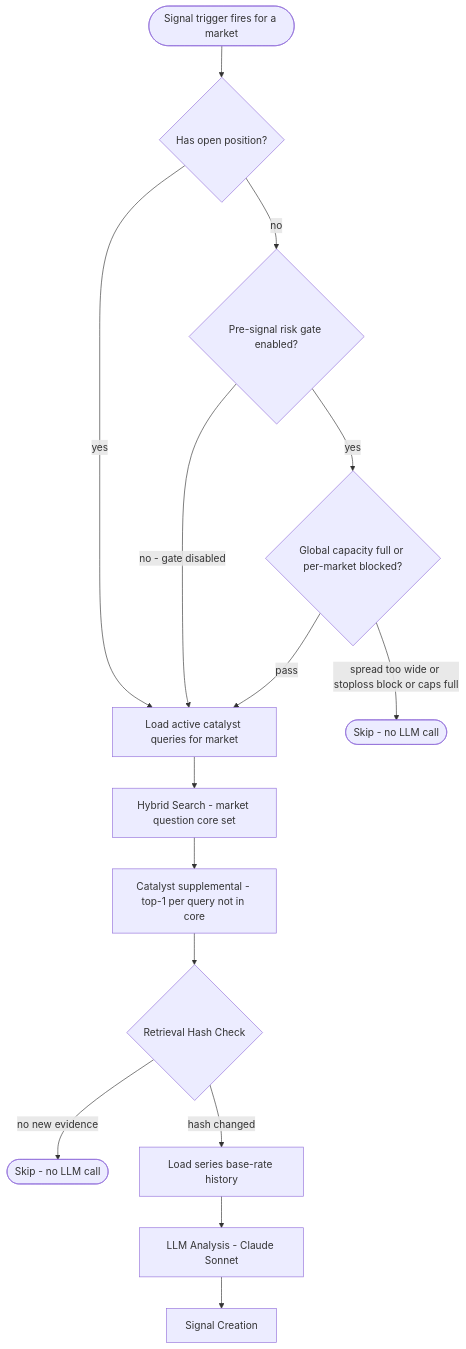
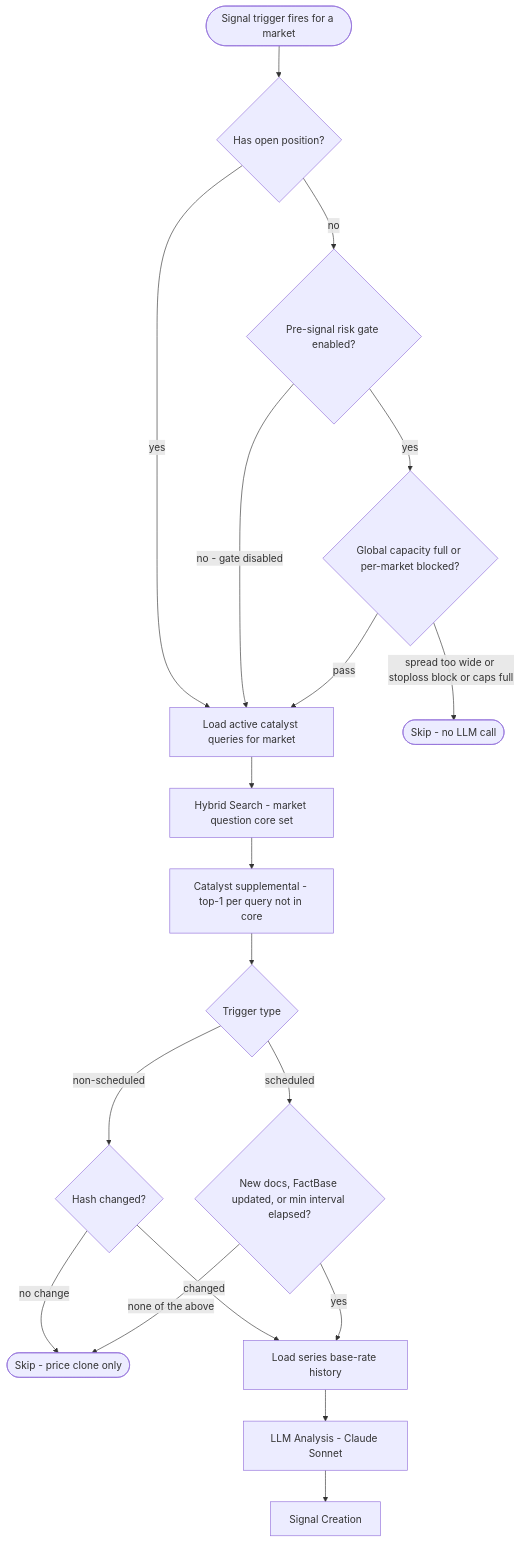
One commit to ostersc/freqpred changed the third of 4 diagrams in SPEC.md. Above: the diagram before and after it, drawn with Mermaid. The commit also changed other lines of this file and 12 other files, not shown here.

First line of the commit message:
feat: dashboard badges + scheduled signal dedup gate + rename to max_scheduled_interval_hours

````diff
--- a/SPEC.md
+++ b/SPEC.md
@@ -885,18 +884,22 @@
 ```mermaid
 flowchart TD
     T([Signal trigger fires for a market])
     T --> HOP{Has open position?}
     HOP -->|yes| CQ
     HOP -->|no| RG{Pre-signal risk gate enabled?}
     RG -->|no - gate disabled| CQ
     RG -->|yes| GC{Global capacity full or per-market blocked?}
     GC -->|spread too wide or stoploss block or caps full| SKIP2([Skip - no LLM call])
     GC -->|pass| CQ[Load active catalyst queries for market]
     CQ --> HS[Hybrid Search - market question core set]
     HS --> CS[Catalyst supplemental - top-1 per query not in core]
-    CS --> RH{Retrieval Hash Check}
-    RH -->|no new evidence| SKIP([Skip - no LLM call])
-    RH -->|hash changed| BR[Load series base-rate history]
+    CS --> TRG{Trigger type}
+    TRG -->|non-scheduled| HC{Hash changed?}
+    HC -->|no change| SKIP([Skip - price clone only])
+    HC -->|changed| BR
+    TRG -->|scheduled| SG{New docs, FactBase updated, or min interval elapsed?}
+    SG -->|none of the above| SKIP
+    SG -->|yes| BR[Load series base-rate history]
     BR --> LLM[LLM Analysis - Claude Sonnet]
     LLM --> SC[Signal Creation]
 ```
````
